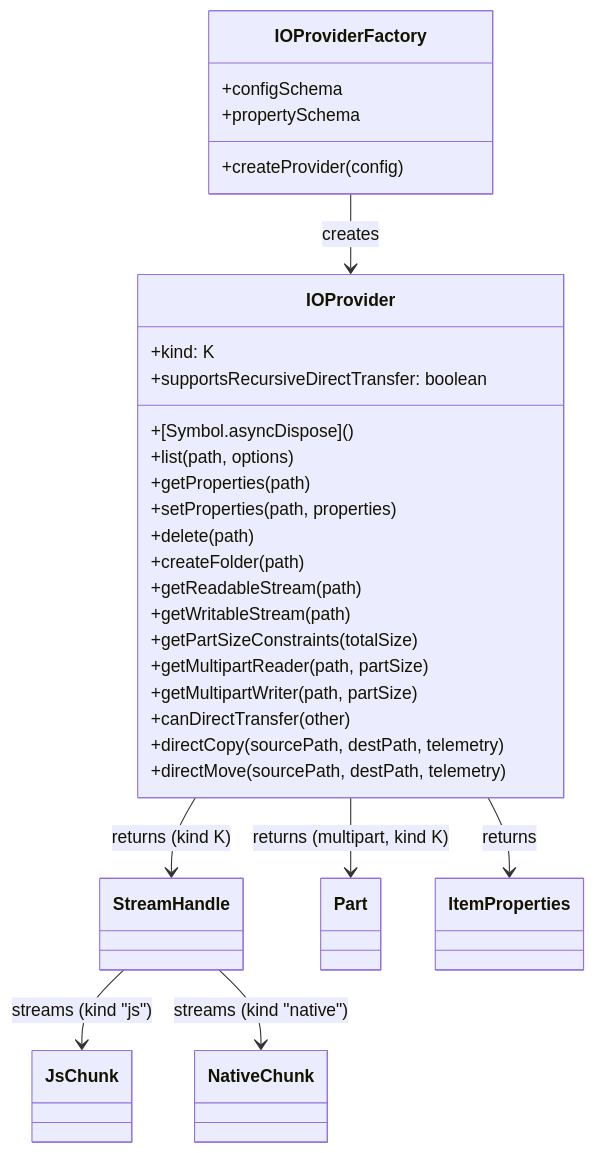
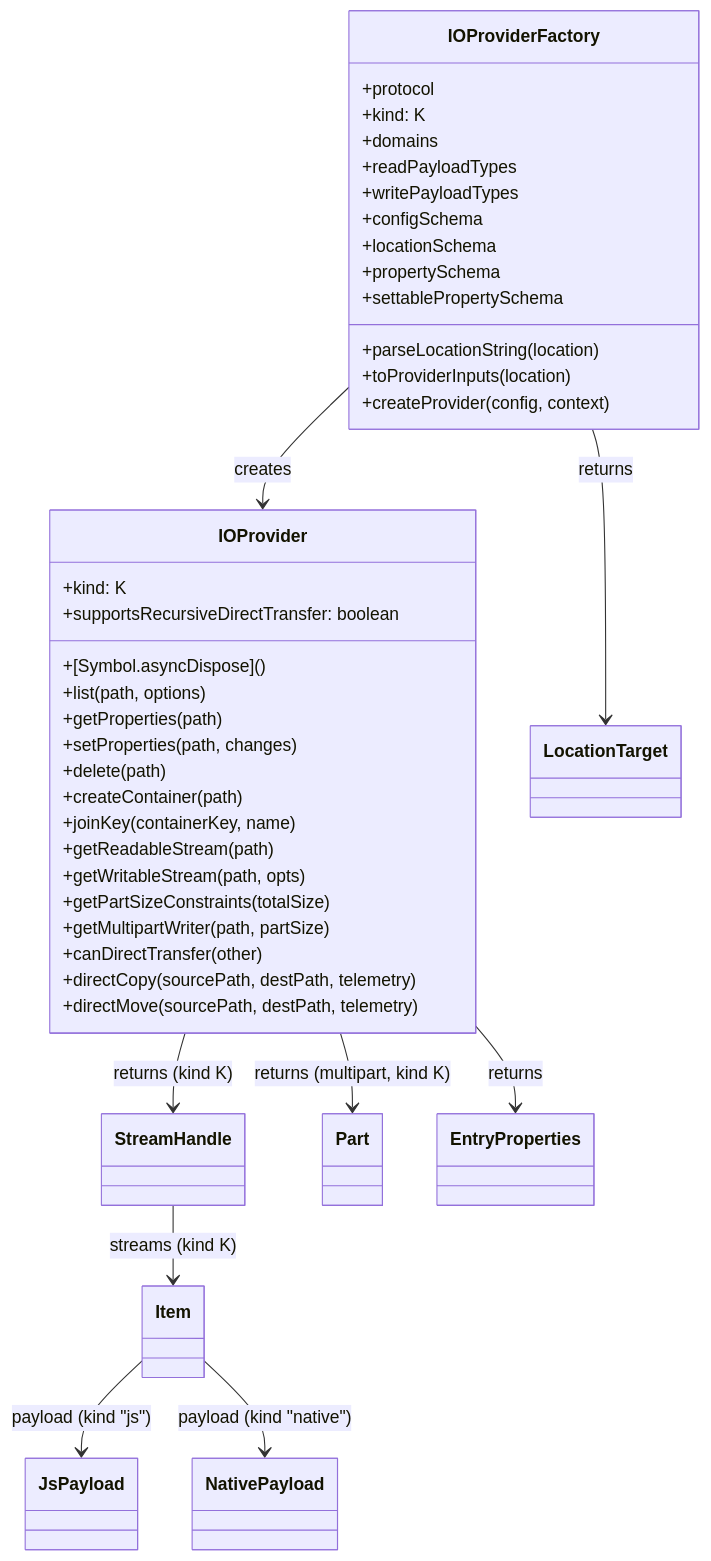
Before and after one commit to flowscripter/pluggable-io-framework-api: the diagram in README.md, drawn with Mermaid. The commit also changed other lines of this file and 17 other files, not shown here.

First line of the commit message:
feat!: protocol-aware, item/payload-based provider contracts

````diff
--- a/README.md
+++ b/README.md
@@ -95,33 +124,44 @@
 ```mermaid
 classDiagram
     IOProviderFactory --> IOProvider : creates
+    IOProviderFactory --> LocationTarget : returns
     IOProvider --> StreamHandle : returns (kind K)
     IOProvider --> Part : returns (multipart, kind K)
-    StreamHandle --> JsChunk : streams (kind "js")
-    StreamHandle --> NativeChunk : streams (kind "native")
-    IOProvider --> ItemProperties : returns
+    StreamHandle --> Item : streams (kind K)
+    Item --> JsPayload : payload (kind "js")
+    Item --> NativePayload : payload (kind "native")
+    IOProvider --> EntryProperties : returns
 
     class IOProviderFactory {
+      +protocol
+      +kind: K
+      +domains
+      +readPayloadTypes
+      +writePayloadTypes
       +configSchema
+      +locationSchema
       +propertySchema
-      +createProvider(config)
+      +settablePropertySchema
+      +parseLocationString(location)
+      +toProviderInputs(location)
+      +createProvider(config, context)
     }
     class IOProvider {
       +kind: K
       +[Symbol.asyncDispose]()
       +list(path, options)
       +getProperties(path)
-      +setProperties(path, properties)
+      +setProperties(path, changes)
       +delete(path)
-      +createFolder(path)
+      +createContainer(path)
+      +joinKey(containerKey, name)
       +getReadableStream(path)
-      +getWritableStream(path)
+      +getWritableStream(path, opts)
       +getPartSizeConstraints(totalSize)
-      +getMultipartReader(path, partSize)
       +getMultipartWriter(path, partSize)
       +canDirectTransfer(other)
       +supportsRecursiveDirectTransfer: boolean
       +directCopy(sourcePath, destPath, telemetry)
       +directMove(sourcePath, destPath, telemetry)
     }
 ```
````
